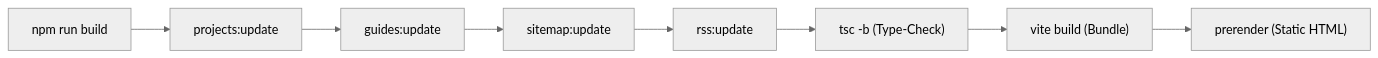
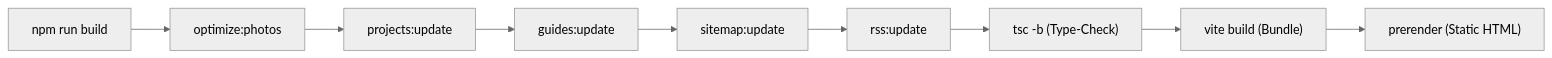
Before and after one commit to jurgenjacobsen/portfolio: the diagram in README.md, drawn with Mermaid (neutral theme). The commit also changed other lines of this file, not shown here.

````diff
--- a/README.md
+++ b/README.md
@@ -183,10 +116,11 @@
 ```mermaid
 flowchart LR
-    A["npm run build"] --> B["projects:update"]
-    B --> C["guides:update"]
-    C --> D["sitemap:update"]
-    D --> E["rss:update"]
-    E --> F["tsc -b (Type-Check)"]
-    F --> G["vite build (Bundle)"]
-    G --> H["prerender (Static HTML)"]
+    A["npm run build"] --> B["optimize:photos"]
+    B --> C["projects:update"]
+    C --> D["guides:update"]
+    D --> E["sitemap:update"]
+    E --> F["rss:update"]
+    F --> G["tsc -b (Type-Check)"]
+    G --> H["vite build (Bundle)"]
+    H --> I["prerender (Static HTML)"]
 ```
````
